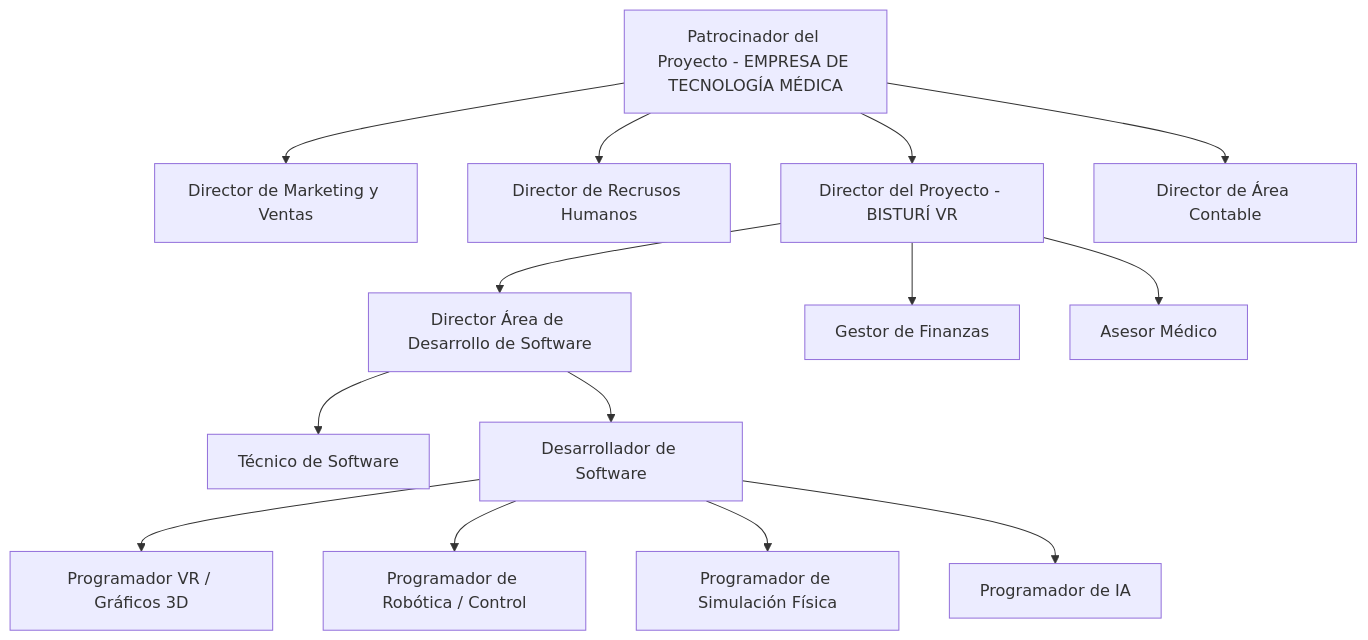
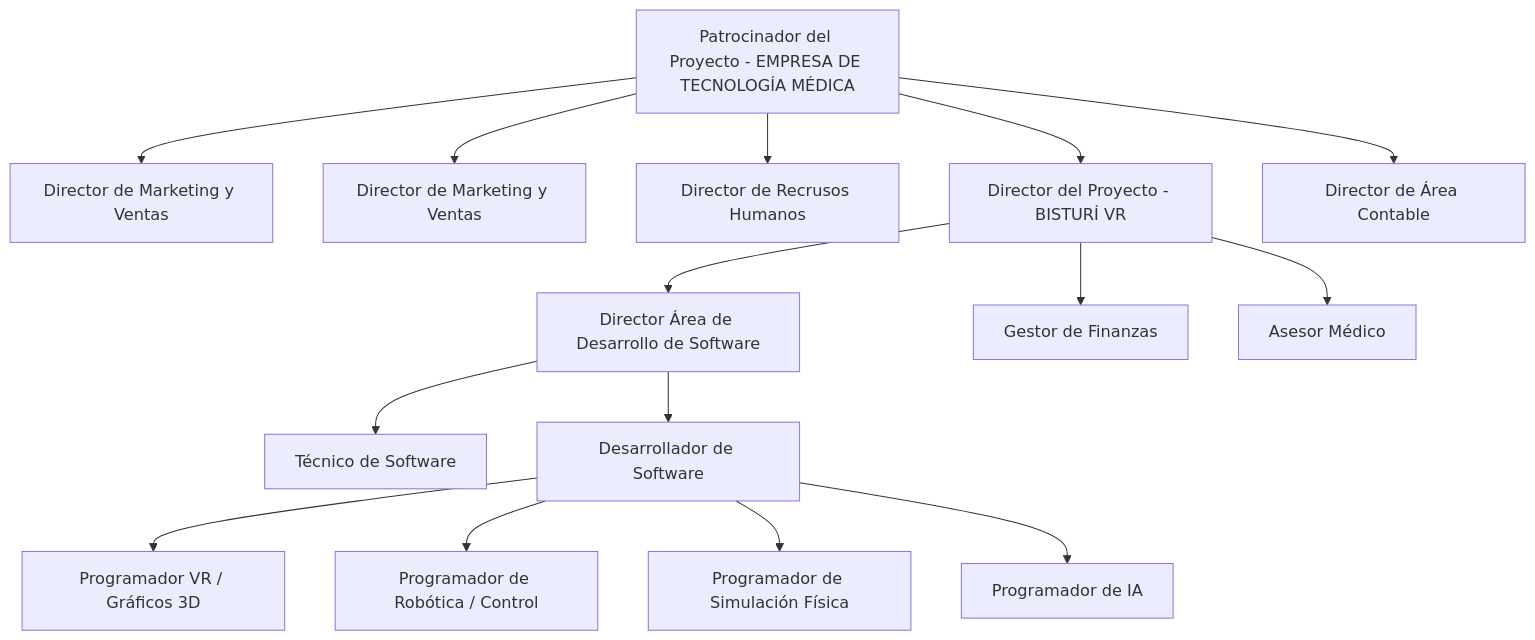
Before and after one commit to TomasGonzalez1204/plan-proyecto-gp-uner: the diagram in docs/01-plan-inicial/organizacion.md, drawn with Mermaid.

````diff
--- a/docs/01-plan-inicial/organizacion.md
+++ b/docs/01-plan-inicial/organizacion.md
@@ -45,39 +45,41 @@
 ```mermaid
 graph TD
 
 A[Patrocinador del Proyecto - EMPRESA DE TECNOLOGÍA MÉDICA]
 
 B[Director de Marketing y Ventas]
+O[Director de Marketing y Ventas]
 C[Director de Recrusos Humanos]
 D[Director del Proyecto - BISTURÍ VR]
 E[Director de Área Contable]
 
 F[Director Área de Desarrollo de Software]
 G[Gestor de Finanzas]
 H[Asesor Médico]
 
 I[Técnico de Software]
 J[Desarrollador de Software]
 
 K[Programador VR / Gráficos 3D]
 L[Programador de Robótica / Control]
 M[Programador de Simulación Física]
 N[Programador de IA]
 
 A --> B
+A --> O
 A --> C
 A --> D
 A --> E
 
 D --> F
 D --> G
 D --> H
 
 F --> I
 F --> J
 
 J --> K
 J --> L
 J --> M
 J --> N
 ```
````
